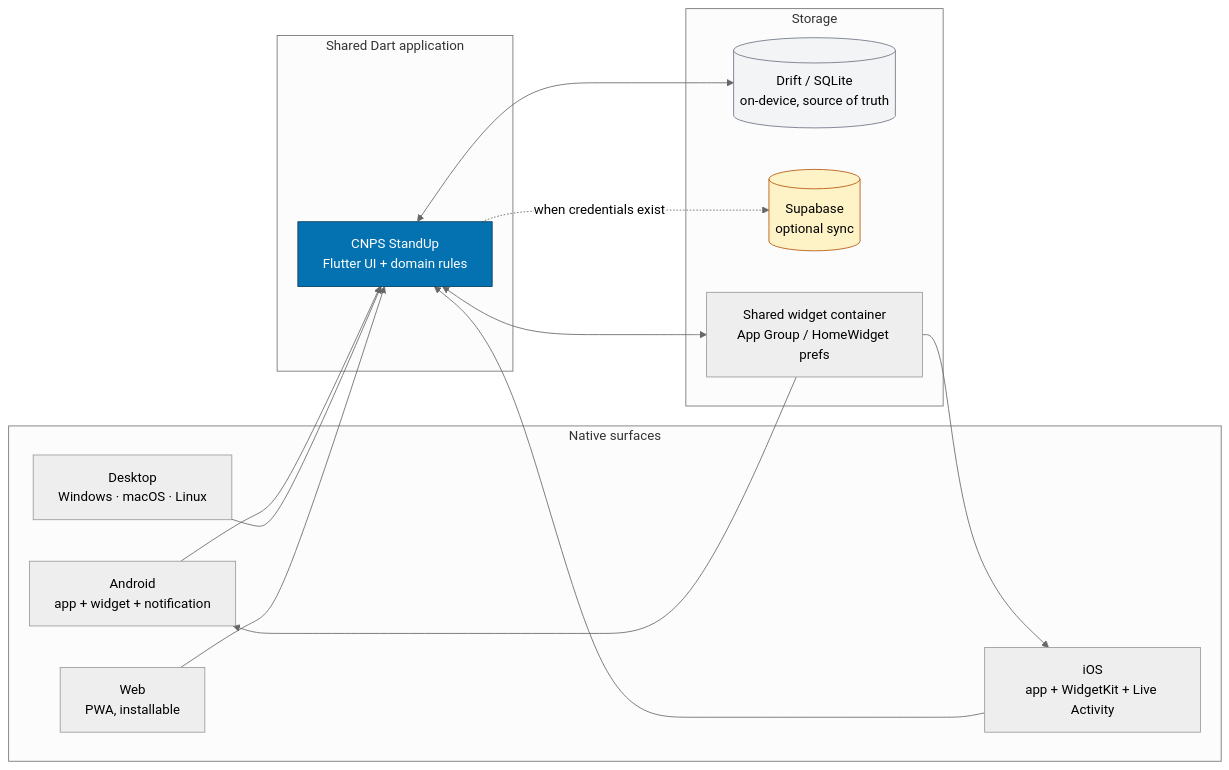
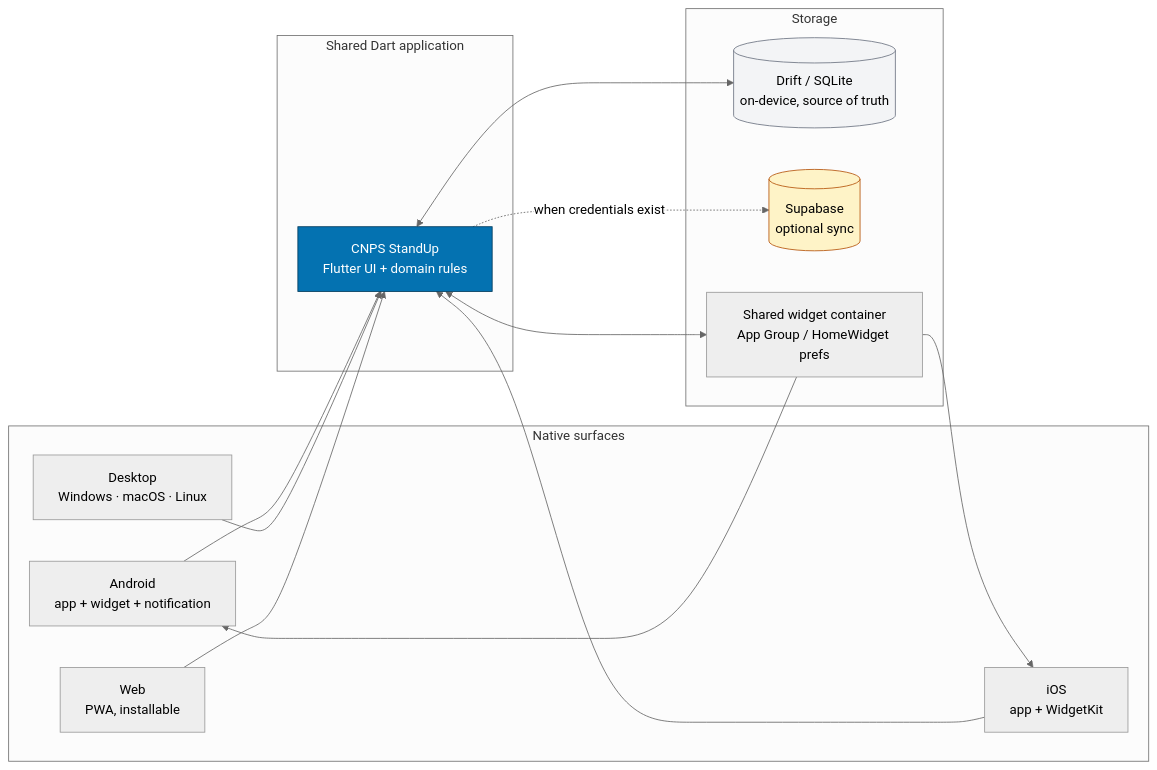
Before and after one commit to menoc61/standup: the first of 3 diagrams in README.md, drawn with Mermaid (neutral theme). The commit also changed other lines of this file and 60 other files, not shown here.

````diff
--- a/README.md
+++ b/README.md
@@ -16,33 +16,33 @@
 ```mermaid
 flowchart LR
     subgraph Native["Native surfaces"]
         AND["Android<br/>app + widget + notification"]
-        IOS["iOS<br/>app + WidgetKit + Live Activity"]
+        IOS["iOS<br/>app + WidgetKit"]
         DESK["Desktop<br/>Windows · macOS · Linux"]
         WEB["Web<br/>PWA, installable"]
     end
 
     subgraph Core["Shared Dart application"]
         APP["CNPS StandUp<br/>Flutter UI + domain rules"]
     end
 
     subgraph Data["Storage"]
         DRIFT[("Drift / SQLite<br/>on-device, source of truth")]
         SB[("Supabase<br/>optional sync")]
         WH["Shared widget container<br/>App Group / HomeWidget prefs"]
     end
 
     AND --> APP
     IOS --> APP
     DESK --> APP
     WEB --> APP
     APP <--> DRIFT
     APP -. "when credentials exist" .-> SB
     APP <--> WH
     WH --> AND
     WH --> IOS
 
     style APP fill:#0472B1,color:#fff,stroke:#023b5c
     style DRIFT fill:#f3f4f6,stroke:#6b7280
     style SB fill:#fef3c7,stroke:#b45309
 ```
````
